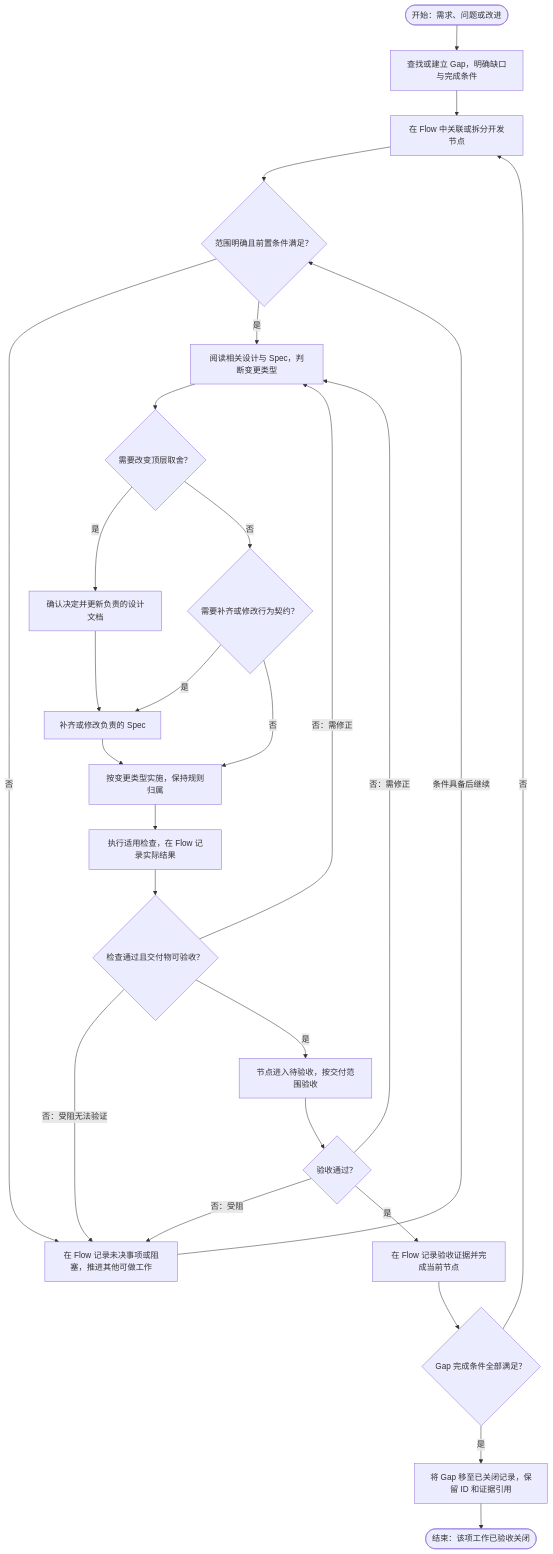
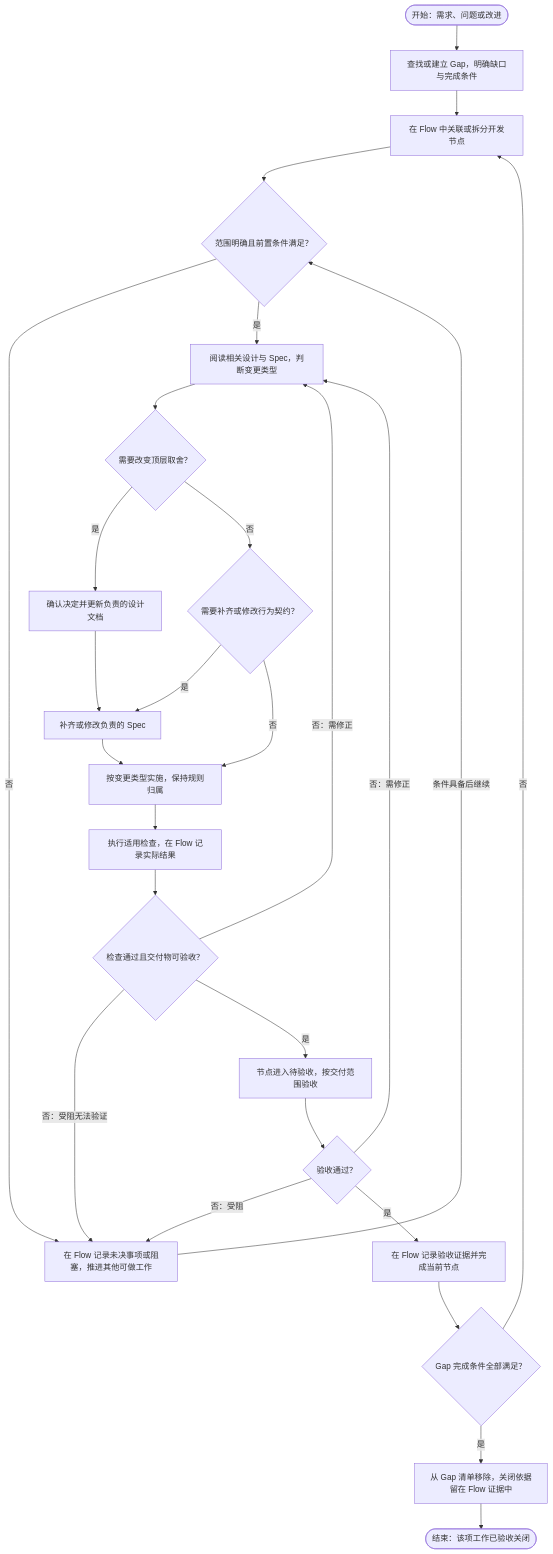
One commit to Boatjoey/super-agent changed the diagram in docs/development.md. Above: the diagram before and after it, drawn with Mermaid. The commit also changed 4 other files, not shown here.

````diff
--- a/docs/development.md
+++ b/docs/development.md
@@ -9,29 +9,29 @@
 ```mermaid
 flowchart TD
     start([开始：需求、问题或改进]) --> gap[查找或建立 Gap，明确缺口与完成条件]
     gap --> node[在 Flow 中关联或拆分开发节点]
     node --> ready{范围明确且前置条件满足？}
     ready -->|否| wait[在 Flow 记录未决事项或阻塞，推进其他可做工作]
     wait -->|条件具备后继续| ready
     ready -->|是| classify[阅读相关设计与 Spec，判断变更类型]
     classify --> decision{需要改变顶层取舍？}
     decision -->|是| confirm[确认决定并更新负责的设计文档]
     confirm --> spec[补齐或修改负责的 Spec]
     decision -->|否| contract{需要补齐或修改行为契约？}
     contract -->|是| spec
     contract -->|否| implement[按变更类型实施，保持规则归属]
     spec --> implement
     implement --> verify[执行适用检查，在 Flow 记录实际结果]
     verify --> passed{检查通过且交付物可验收？}
     passed -->|否：需修正| classify
     passed -->|否：受阻无法验证| wait
     passed -->|是| review[节点进入待验收，按交付范围验收]
     review --> accepted{验收通过？}
     accepted -->|否：需修正| classify
     accepted -->|否：受阻| wait
     accepted -->|是| done[在 Flow 记录验收证据并完成当前节点]
     done --> complete{Gap 完成条件全部满足？}
     complete -->|否| node
-    complete -->|是| close[将 Gap 移至已关闭记录，保留 ID 和证据引用]
+    complete -->|是| close[从 Gap 清单移除，关闭依据留在 Flow 证据中]
     close --> finish([结束：该项工作已验收关闭])
 ```
````
